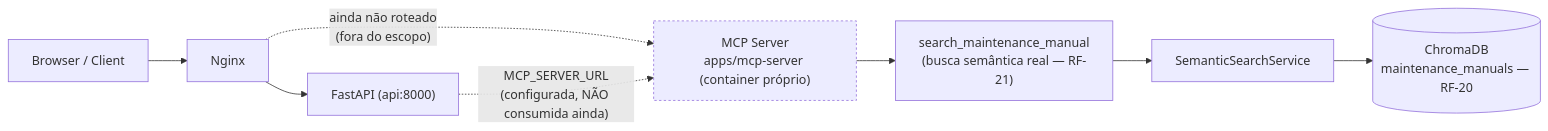
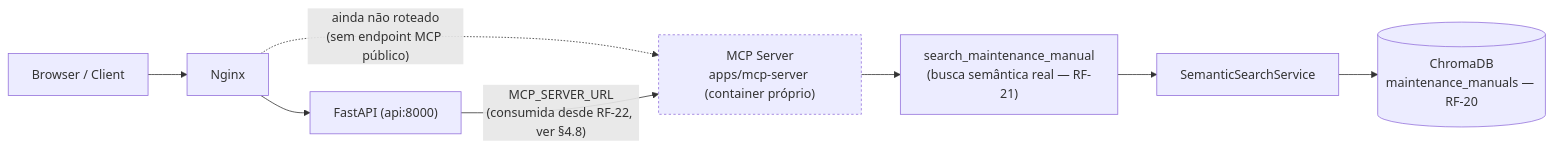
Before and after one commit to RaphaelOkuyama/projeto-tcc: the fourth of 8 diagrams in README.md, drawn with Mermaid. The commit also changed other lines of this file and 14 other files, not shown here.

````diff
--- a/README.md
+++ b/README.md
@@ -495,13 +495,13 @@
 ```mermaid
 flowchart LR
     C["Browser / Client"] --> N["Nginx"]
     N --> API["FastAPI (api:8000)"]
-    N -.->|"ainda não roteado<br/>(fora do escopo)"| MCP
+    N -.->|"ainda não roteado<br/>(sem endpoint MCP público)"| MCP
 
-    API -.->|"MCP_SERVER_URL<br/>(configurada, NÃO consumida ainda)"| MCP["MCP Server<br/>apps/mcp-server (container próprio)"]
+    API -->|"MCP_SERVER_URL<br/>(consumida desde RF-22, ver §4.8)"| MCP["MCP Server<br/>apps/mcp-server (container próprio)"]
     MCP --> TOOL["search_maintenance_manual<br/>(busca semântica real — RF-21)"]
     TOOL --> SVC["SemanticSearchService"]
     SVC --> CHROMA[("ChromaDB<br/>maintenance_manuals — RF-20")]
 
     style MCP stroke-dasharray: 3 3
 ```
````
